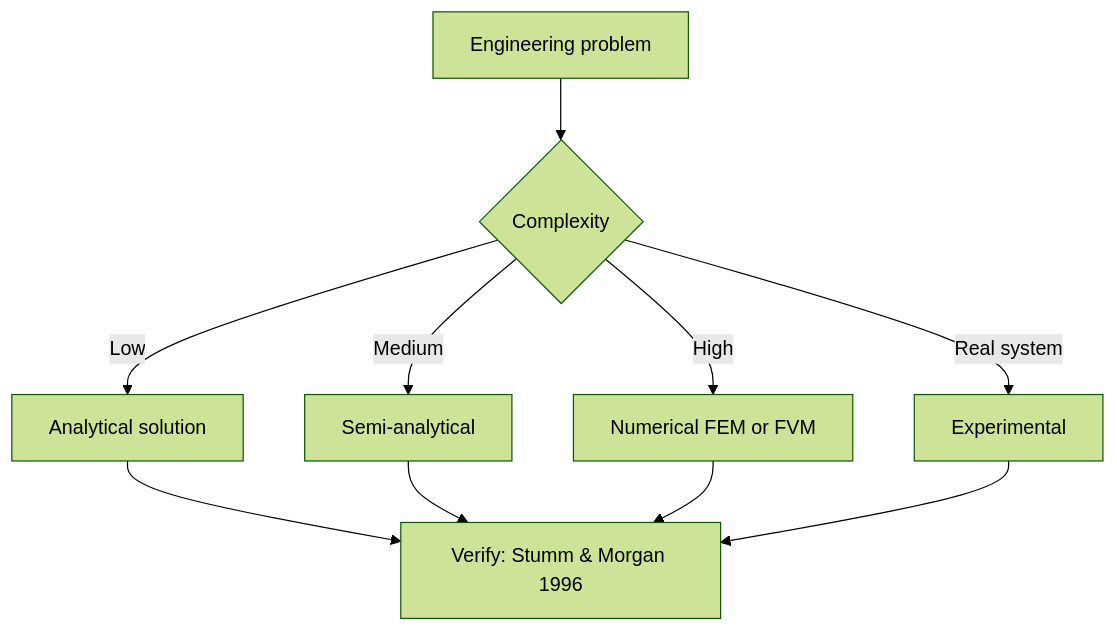
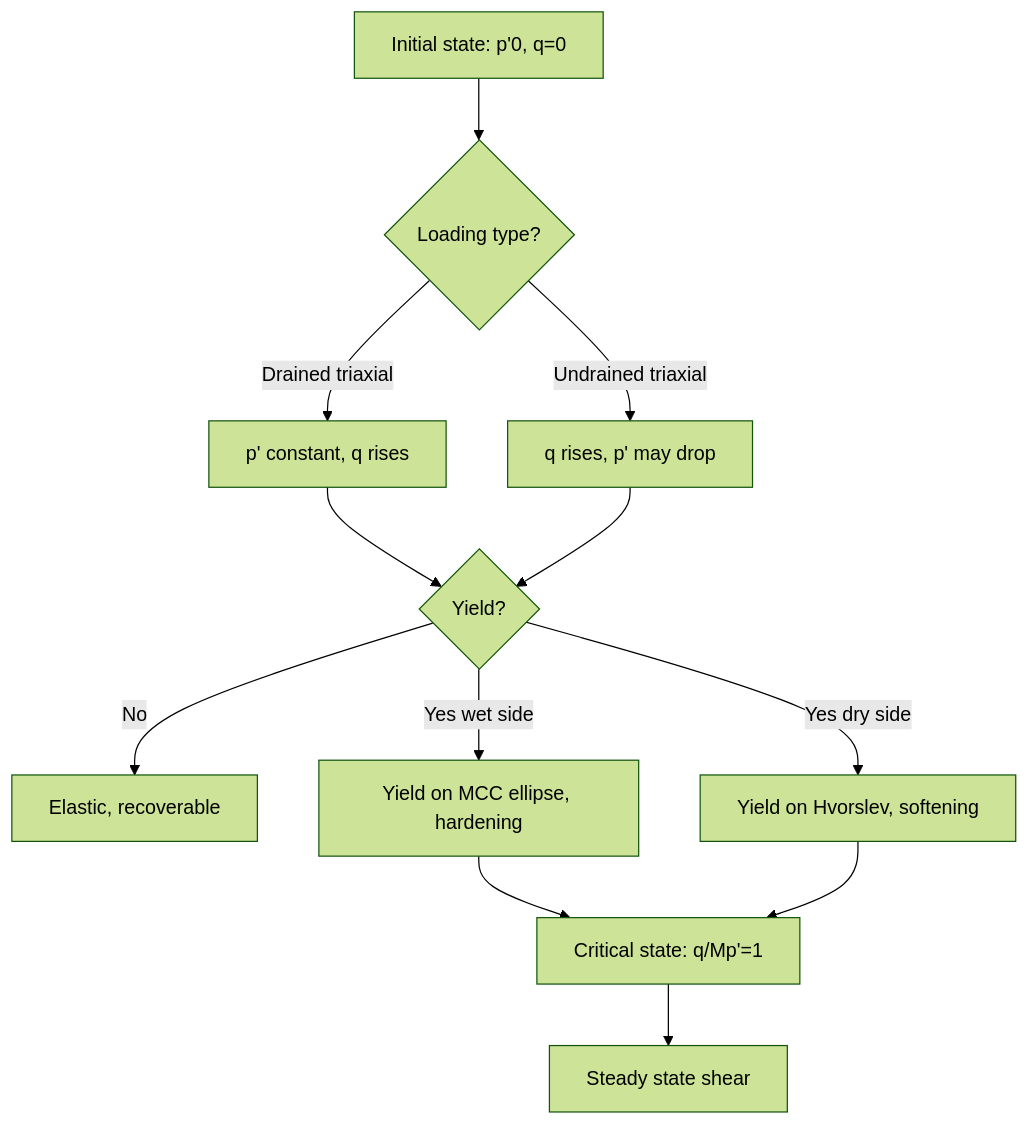
One commit to yip-lgtm/civil-bootcamp changed the first of 5 diagrams in MIT_CEE_MEng_SMD/13_1.351_Theoretical_Soil_Mechanics.md. Above: the diagram before and after it, drawn with Mermaid (forest theme). The commit also changed other lines of this file and 12 other files, not shown here.

First line of the commit message:
LLM enrichment: 13 courses enhanced with real scholars, sources, diagrams

````diff
--- a/MIT_CEE_MEng_SMD/13_1.351_Theoretical_Soil_Mechanics.md
+++ b/MIT_CEE_MEng_SMD/13_1.351_Theoretical_Soil_Mechanics.md
@@ -462,12 +443,14 @@
 ```mermaid
 flowchart TD
-    A[Engineering problem] --> B{Complexity}
-    B -->|Low| C[Analytical solution]
-    B -->|Medium| D[Semi-analytical]
-    B -->|High| E[Numerical FEM or FVM]
-    B -->|Real system| F[Experimental]
-    C --> G[Verify: Stumm & Morgan 1996]
-    D --> G
-    E --> G
-    F --> G
+    A[Initial state: p'0, q=0] --> B{Loading type?}
+    B -->|Drained triaxial| C[p' constant, q rises]
+    B -->|Undrained triaxial| D[q rises, p' may drop]
+    C --> E{Yield?}
+    D --> E
+    E -->|No| F[Elastic, recoverable]
+    E -->|Yes wet side| G[Yield on MCC ellipse, hardening]
+    E -->|Yes dry side| H[Yield on Hvorslev, softening]
+    G --> I[Critical state: q/Mp'=1]
+    H --> I
+    I --> J[Steady state shear]
 ```
````
